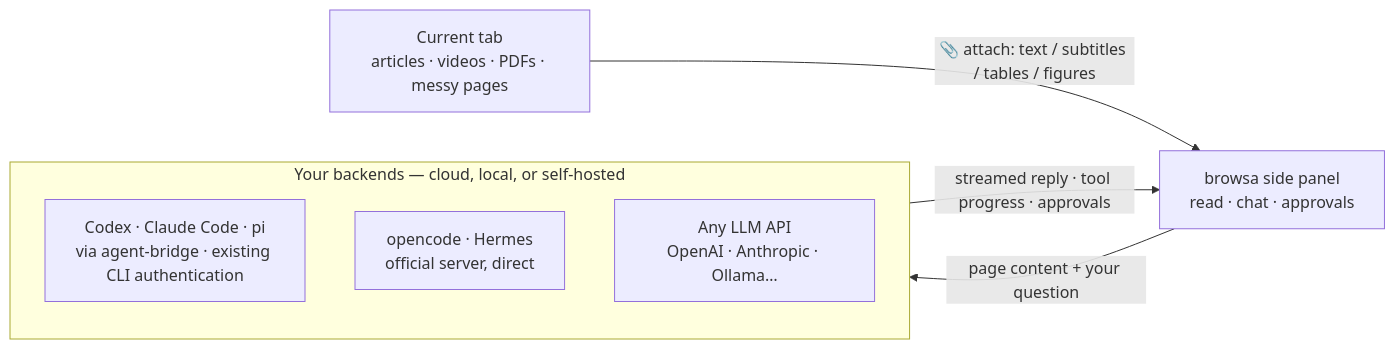
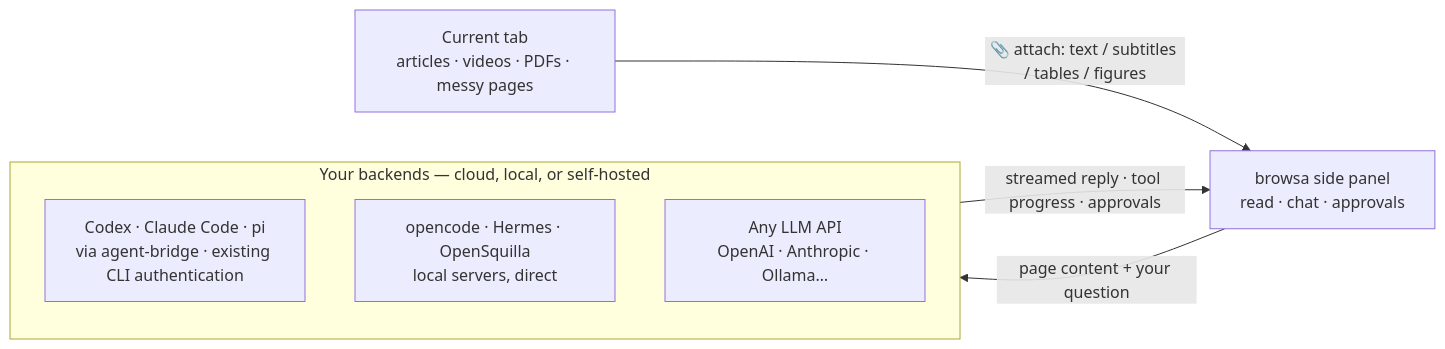
The diagram in README.md (xiaohuzai/browsa), drawn with Mermaid before and after one commit. The commit also changed other lines of this file and 50 other files, not shown here.

First line of the commit message:
feat: OpenSquilla 恢复接入 + 思考档位 + 历史图片显示保真 + 切会话后台续跑 (#158)

````diff
--- a/README.md
+++ b/README.md
@@ -60,13 +61,13 @@
 ```mermaid
 flowchart LR
     P["Current tab<br/>articles · videos · PDFs · messy pages"]
     B["browsa side panel<br/>read · chat · approvals"]
     subgraph Y["Your backends — cloud, local, or self-hosted"]
         A1["Codex · Claude Code · pi<br/>via agent-bridge · existing CLI authentication"]
-        A2["opencode · Hermes<br/>official server, direct"]
+        A2["opencode · Hermes · OpenSquilla<br/>local servers, direct"]
         A3["Any LLM API<br/>OpenAI · Anthropic · Ollama…"]
     end
     P -->|"📎 attach: text / subtitles / tables / figures"| B
     B -->|"page content + your question"| Y
     Y -->|"streamed reply · tool progress · approvals"| B
 ```
````
